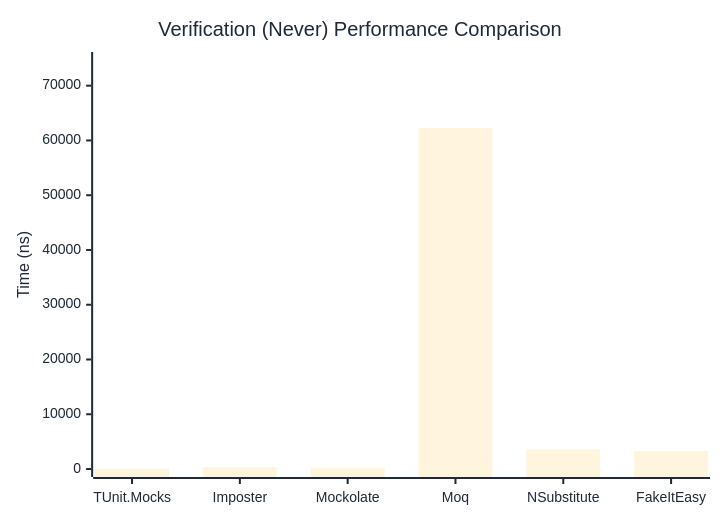
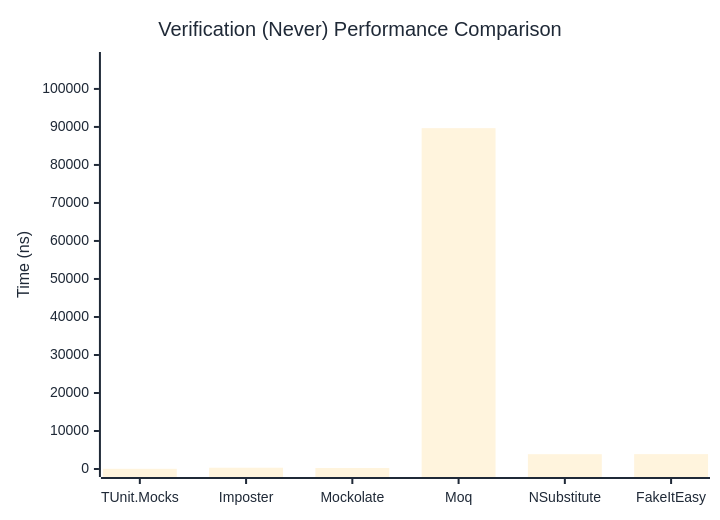
Before and after one commit to thomhurst/TUnit: the second of 3 diagrams in docs/docs/benchmarks/mocks/Verification.md, drawn with Mermaid. The commit also changed other lines of this file and 14 other files, not shown here.

````diff
--- a/docs/docs/benchmarks/mocks/Verification.md
+++ b/docs/docs/benchmarks/mocks/Verification.md
@@ -71,27 +71,27 @@
 ```mermaid
 %%{init: {
   'theme':'base',
   'themeVariables': {
     'primaryColor': '#2563eb',
     'primaryTextColor': '#1f2937',
     'primaryBorderColor': '#1e40af',
     'lineColor': '#6b7280',
     'secondaryColor': '#7c3aed',
     'tertiaryColor': '#dc2626',
     'background': '#ffffff',
     'pie1': '#2563eb',
     'pie2': '#7c3aed',
     'pie3': '#dc2626',
     'pie4': '#f59e0b',
     'pie5': '#10b981',
     'pie6': '#06b6d4',
     'pie7': '#ec4899',
     'pie8': '#6366f1'
   }
 }}%%
 xychart-beta
   title "Verification (Never) Performance Comparison"
   x-axis ["TUnit.Mocks", "Imposter", "Mockolate", "Moq", "NSubstitute", "FakeItEasy"]
-  y-axis "Time (ns)" 0 --> 74693
-  bar [52.91, 332.77, 251.14, 62244.11, 3600.17, 3294.16]
+  y-axis "Time (ns)" 0 --> 107611
+  bar [51.07, 334.54, 256.35, 89675.47, 3894.99, 3914.64]
 ```
````
